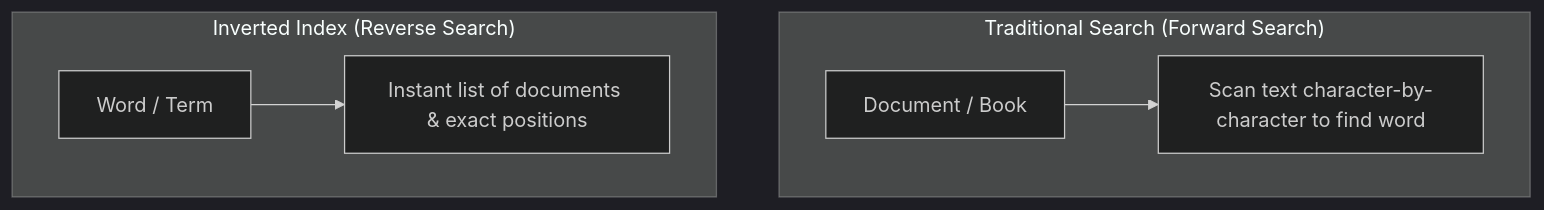
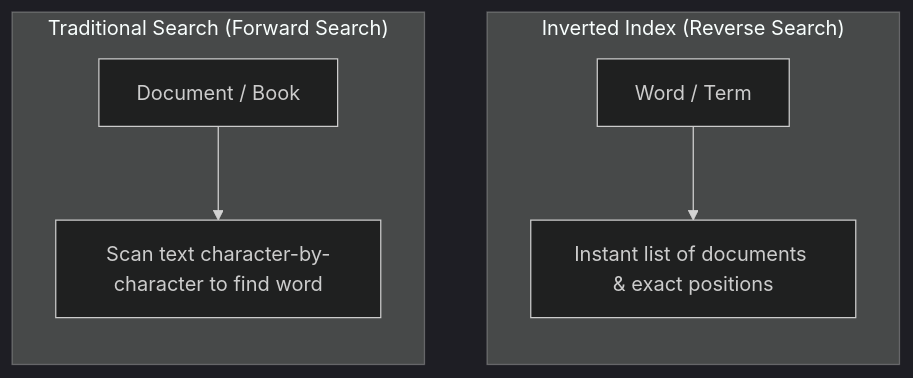
The third of 10 diagrams in 07-Backend-Engineering/Elastic Search.md (rohithgowda18/Notes), drawn with Mermaid (dark theme) before and after one commit. The commit also changed other lines of this file and 15 other files, not shown here.

Commit message:
docs: audit Mermaid diagrams, optimize side-by-side layouts, and deduplicate DBMS advanced notes

````diff
--- a/07-Backend-Engineering/Elastic Search.md
+++ b/07-Backend-Engineering/Elastic Search.md
@@ -145,9 +150,14 @@
 ```mermaid
-flowchart TD
+flowchart LR
     subgraph TraditionalSearch ["Traditional Search (Forward Search)"]
+        direction TB
         D1["Document / Book"] --> T1["Scan text character-by-character to find word"]
     end
+
+    TraditionalSearch ~~~ InvertedSearch
+
     subgraph InvertedSearch ["Inverted Index (Reverse Search)"]
+        direction TB
         W1["Word / Term"] --> D2["Instant list of documents & exact positions"]
     end
 ```
````
